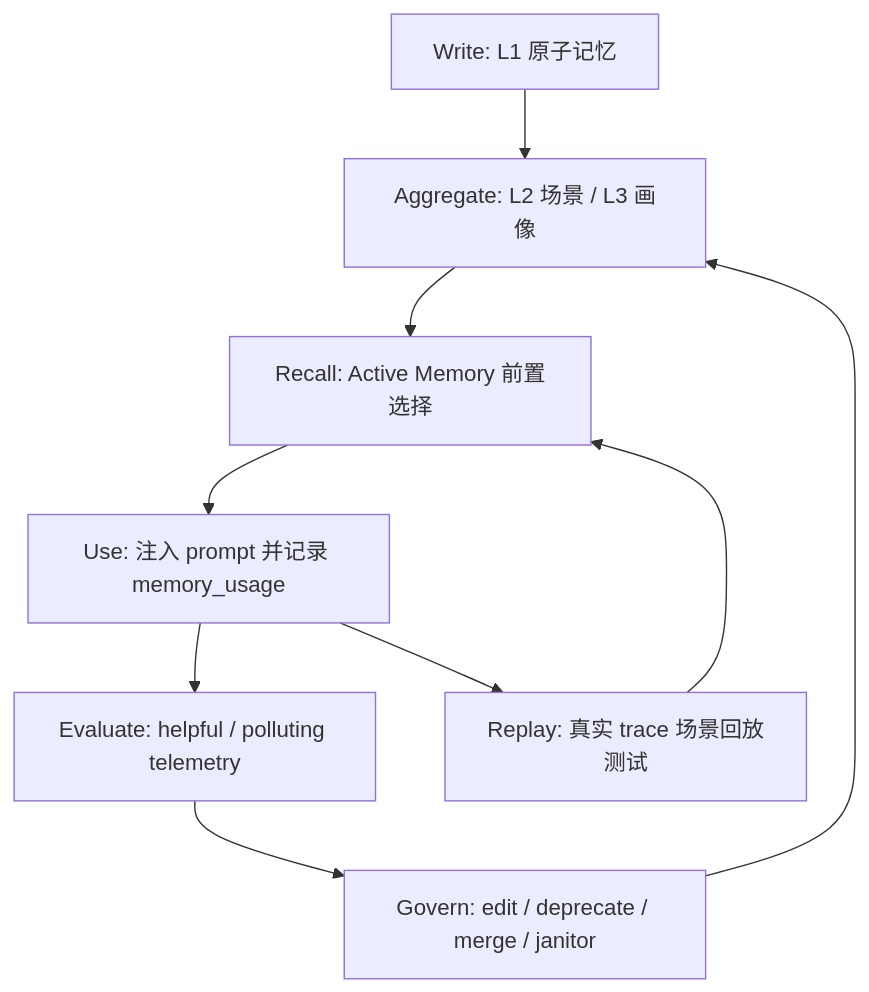
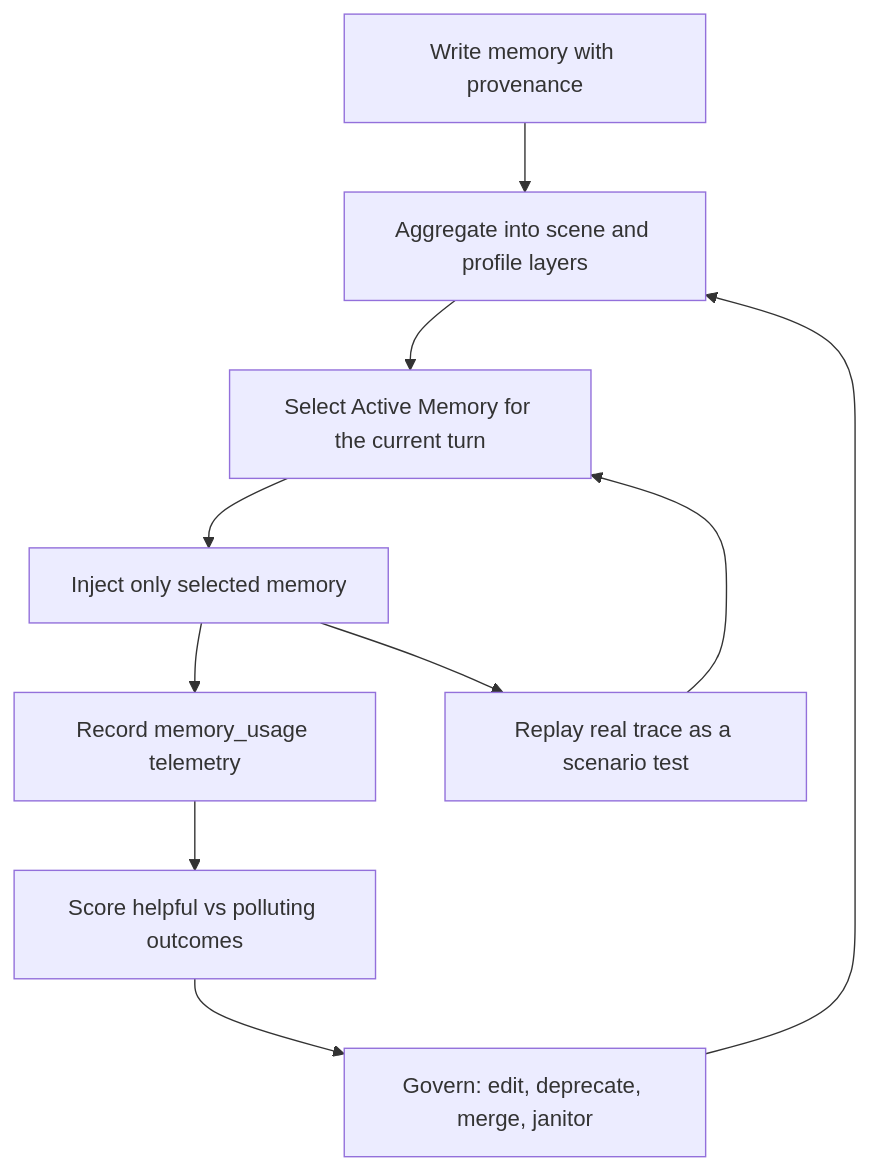
The diagram in docs/agent-memory-engineering.md (zhukai9527/AgentClaw), drawn with Mermaid before and after one commit. The commit also changed other lines of this file, not shown here.

Commit message:
docs: refine agent memory engineering essay

````diff
--- a/docs/agent-memory-engineering.md
+++ b/docs/agent-memory-engineering.md
@@ -110,11 +72,12 @@
 ```mermaid
 flowchart TD
-    A["Write: L1 原子记忆"] --> B["Aggregate: L2 场景 / L3 画像"]
-    B --> C["Recall: Active Memory 前置选择"]
-    C --> D["Use: 注入 prompt 并记录 memory_usage"]
-    D --> E["Evaluate: helpful / polluting telemetry"]
-    E --> F["Govern: edit / deprecate / merge / janitor"]
-    F --> B
-    D --> G["Replay: 真实 trace 场景回放测试"]
-    G --> C
+  A["Write memory with provenance"] --> B["Aggregate into scene and profile layers"]
+  B --> C["Select Active Memory for the current turn"]
+  C --> D["Inject only selected memory"]
+  D --> E["Record memory_usage telemetry"]
+  E --> F["Score helpful vs polluting outcomes"]
+  F --> G["Govern: edit, deprecate, merge, janitor"]
+  G --> B
+  D --> H["Replay real trace as a scenario test"]
+  H --> C
 ```
````
